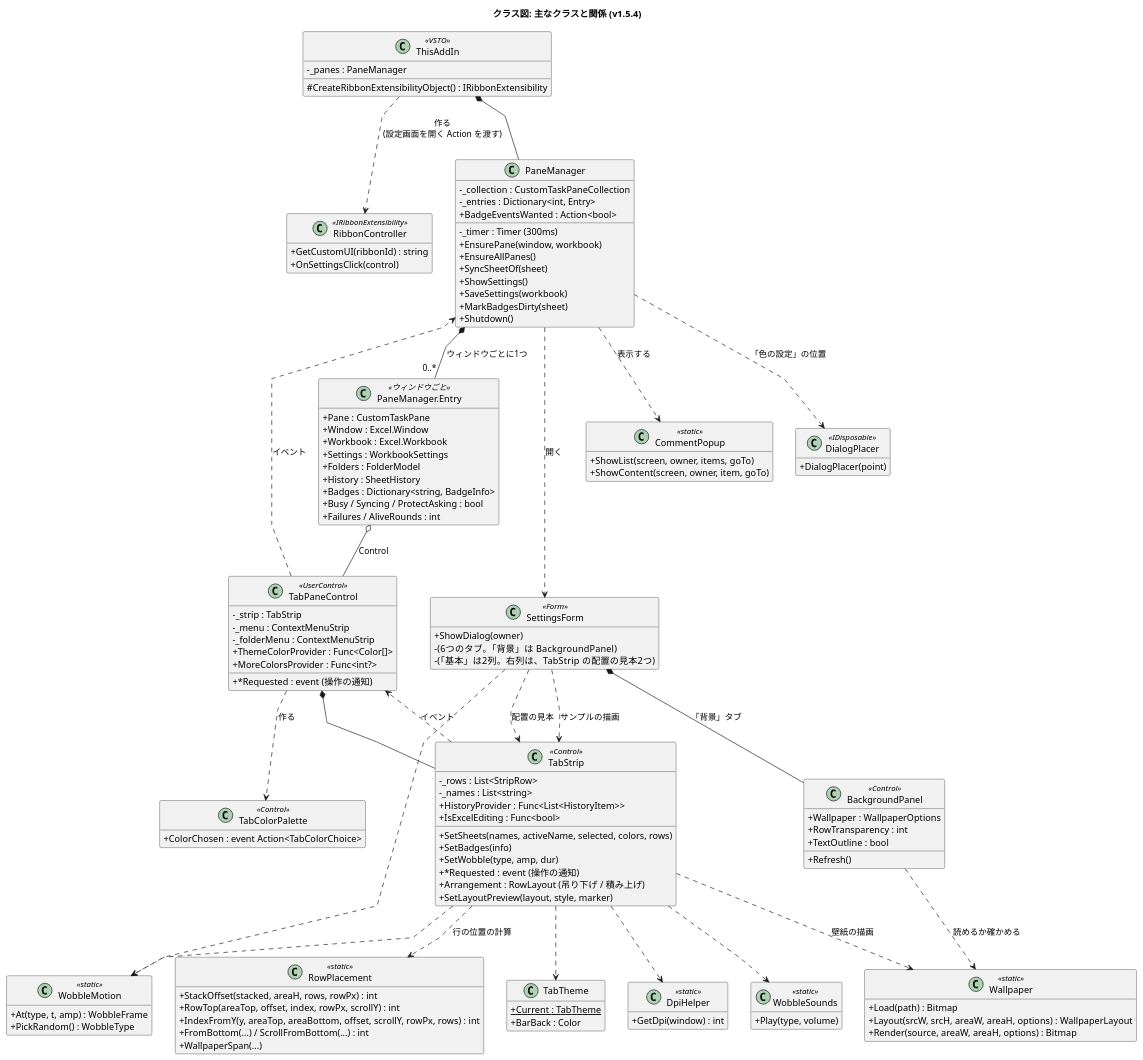
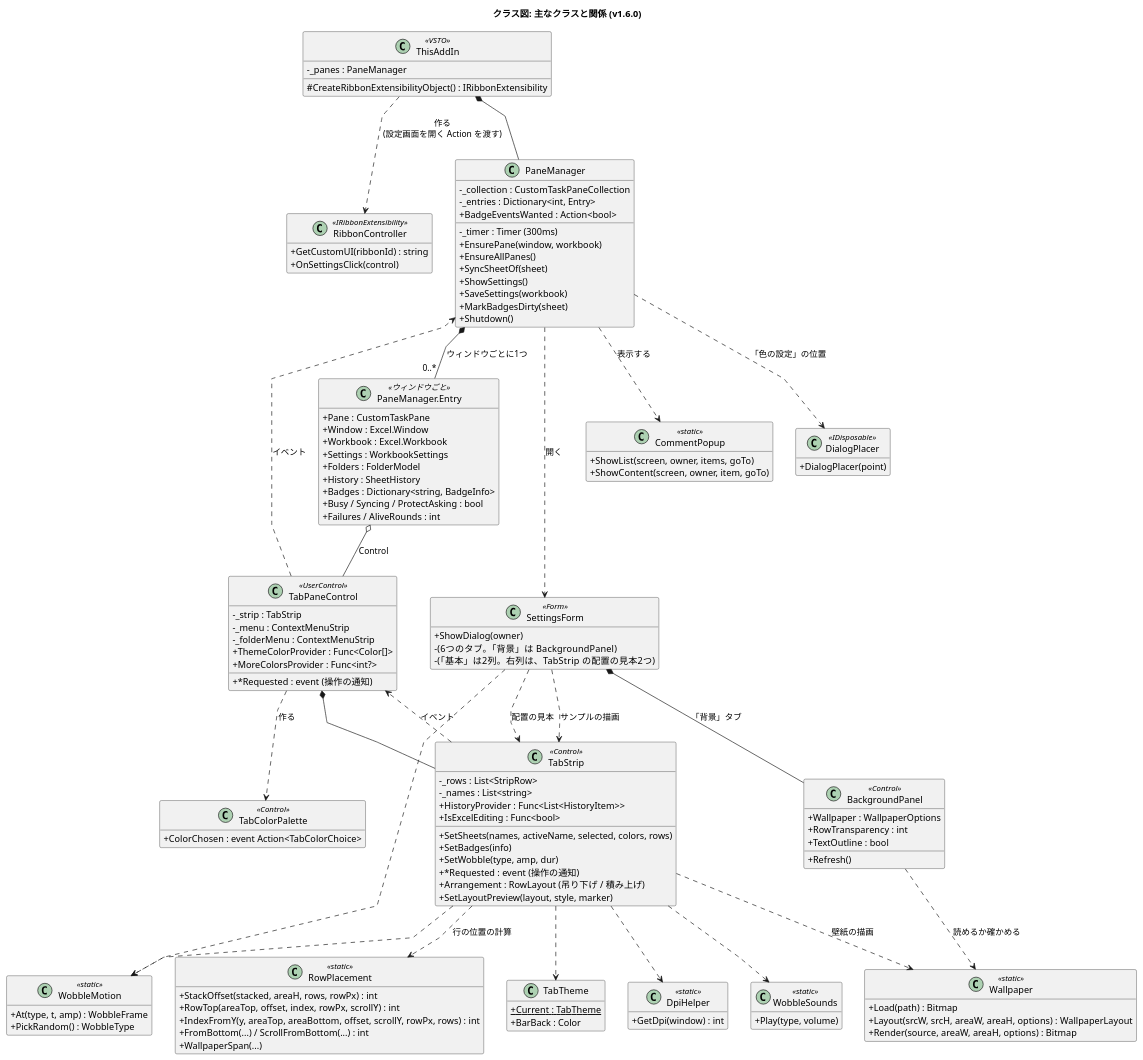
One commit to nk-taka623/VerticalSheetTabs changed the diagram in docs/class-structure.puml. Above: the diagram before and after it, drawn with PlantUML. The commit also changed 15 other files, not shown here.

Commit message:
v1.6.0 にする: 版数、README の変更点、図、設定画面の画像を更新する

```diff
--- a/docs/class-structure.puml
+++ b/docs/class-structure.puml
@@ -1,146 +1,146 @@
 @startuml
-title クラス図: 主なクラスと関係 (v1.5.4)
+title クラス図: 主なクラスと関係 (v1.6.0)
 skinparam shadowing false
 skinparam classAttributeIconSize 0
 skinparam linetype polyline
 hide empty members
 
 class ThisAddIn <<VSTO>> {
   -_panes : PaneManager
   #CreateRibbonExtensibilityObject() : IRibbonExtensibility
 }
 
 class RibbonController <<IRibbonExtensibility>> {
   +GetCustomUI(ribbonId) : string
   +OnSettingsClick(control)
 }
 
 class PaneManager {
   -_collection : CustomTaskPaneCollection
   -_entries : Dictionary<int, Entry>
   -_timer : Timer (300ms)
   +BadgeEventsWanted : Action<bool>
   +EnsurePane(window, workbook)
   +EnsureAllPanes()
   +SyncSheetOf(sheet)
   +ShowSettings()
   +SaveSettings(workbook)
   +MarkBadgesDirty(sheet)
   +Shutdown()
 }
 
 class "PaneManager.Entry" as Entry <<ウィンドウごと>> {
   +Pane : CustomTaskPane
   +Window : Excel.Window
   +Workbook : Excel.Workbook
   +Settings : WorkbookSettings
   +Folders : FolderModel
   +History : SheetHistory
   +Badges : Dictionary<string, BadgeInfo>
   +Busy / Syncing / ProtectAsking : bool
   +Failures / AliveRounds : int
 }
 
 class TabPaneControl <<UserControl>> {
   -_strip : TabStrip
   -_menu : ContextMenuStrip
   -_folderMenu : ContextMenuStrip
   +ThemeColorProvider : Func<Color[]>
   +MoreColorsProvider : Func<int?>
   +*Requested : event (操作の通知)
 }
 
 class TabStrip <<Control>> {
   -_rows : List<StripRow>
   -_names : List<string>
   +SetSheets(names, activeName, selected, colors, rows)
   +SetBadges(info)
   +SetWobble(type, amp, dur)
   +*Requested : event (操作の通知)
   +HistoryProvider : Func<List<HistoryItem>>
   +IsExcelEditing : Func<bool>
   +Arrangement : RowLayout (吊り下げ / 積み上げ)
   +SetLayoutPreview(layout, style, marker)
 }
 
 class RowPlacement <<static>> {
   +StackOffset(stacked, areaH, rows, rowPx) : int
   +RowTop(areaTop, offset, index, rowPx, scrollY) : int
   +IndexFromY(y, areaTop, areaBottom, offset, scrollY, rowPx, rows) : int
   +FromBottom(...) / ScrollFromBottom(...) : int
   +WallpaperSpan(...)
 }
 
 class TabColorPalette <<Control>> {
   +ColorChosen : event Action<TabColorChoice>
 }
 
 class SettingsForm <<Form>> {
   +ShowDialog(owner)
   -(6つのタブ。「背景」は BackgroundPanel)
   -(「基本」は2列。右列は、TabStrip の配置の見本2つ)
 }
 
 class BackgroundPanel <<Control>> {
   +Wallpaper : WallpaperOptions
   +RowTransparency : int
   +TextOutline : bool
   +Refresh()
 }
 
 class Wallpaper <<static>> {
   +Load(path) : Bitmap
   +Layout(srcW, srcH, areaW, areaH, options) : WallpaperLayout
   +Render(source, areaW, areaH, options) : Bitmap
 }
 
 class CommentPopup <<static>> {
   +ShowList(screen, owner, items, goTo)
   +ShowContent(screen, owner, item, goTo)
 }
 
 class DialogPlacer <<IDisposable>> {
   +DialogPlacer(point)
 }
 
 class TabTheme {
   +Current : TabTheme {static}
   +BarBack : Color
 }
 
 class DpiHelper <<static>> {
   +GetDpi(window) : int
 }
 
 class WobbleMotion <<static>> {
   +At(type, t, amp) : WobbleFrame
   +PickRandom() : WobbleType
 }
 
 class WobbleSounds <<static>> {
   +Play(type, volume)
 }
 
 ThisAddIn *-- PaneManager
 ThisAddIn ..> RibbonController : 作る\n(設定画面を開く Action を渡す)
 PaneManager *-- "0..*" Entry : ウィンドウごとに1つ
 Entry o-- TabPaneControl : Control
 TabPaneControl *-- TabStrip
 TabPaneControl ..> TabColorPalette : 作る
 TabStrip ..> TabPaneControl : イベント
 TabPaneControl ..> PaneManager : イベント
 PaneManager ..> SettingsForm : 開く
 PaneManager ..> CommentPopup : 表示する
 PaneManager ..> DialogPlacer : 「色の設定」の位置
 SettingsForm ..> TabStrip : サンプルの描画
 TabStrip ..> TabTheme
 TabStrip ..> DpiHelper
 TabStrip ..> WobbleMotion
 TabStrip ..> WobbleSounds
 SettingsForm ..> WobbleMotion
 SettingsForm *-- BackgroundPanel : 「背景」タブ
 BackgroundPanel ..> Wallpaper : 読めるか確かめる
 TabStrip ..> Wallpaper : 壁紙の描画
 TabStrip ..> RowPlacement : 行の位置の計算
 SettingsForm ..> TabStrip : 配置の見本
 @enduml
```
